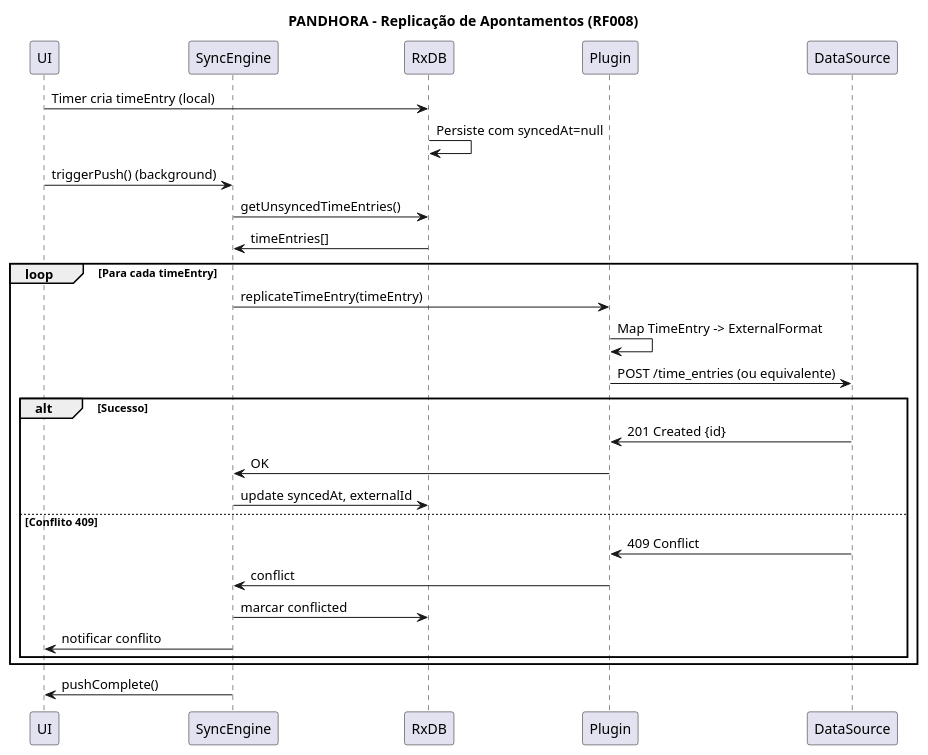
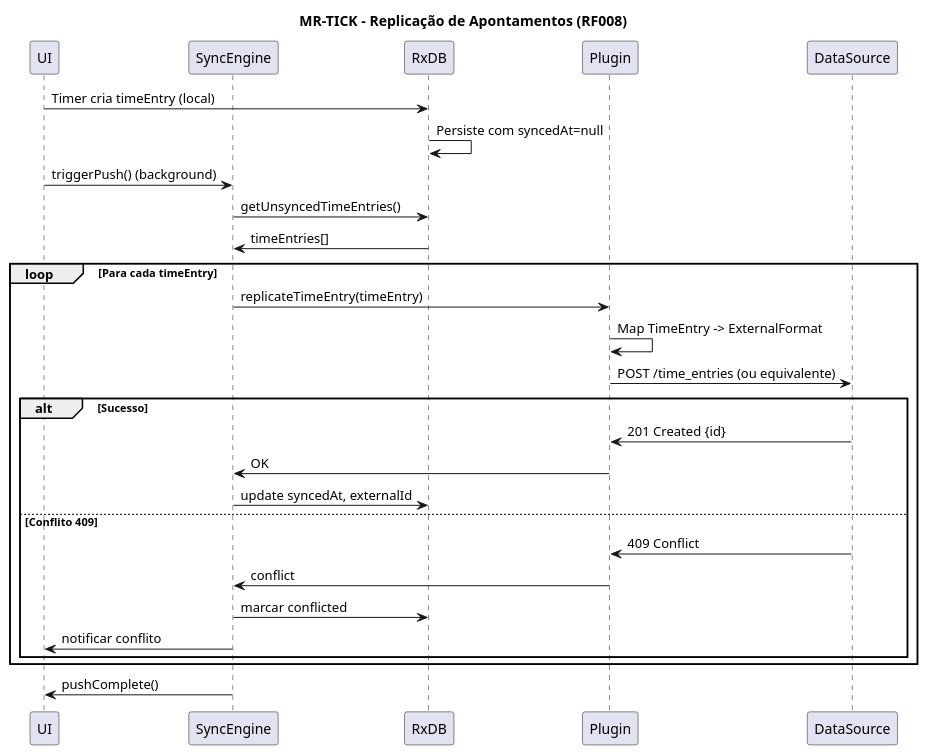
Before and after one commit to Gustavohps10/gamhora: the diagram in docs/srs/diagrams/puml/integration/diagram-integration-005-sync-replication.puml, drawn with PlantUML. The commit also changed 329 other files, not shown here.

```diff
--- a/docs/srs/diagrams/puml/integration/diagram-integration-005-sync-replication.puml
+++ b/docs/srs/diagrams/puml/integration/diagram-integration-005-sync-replication.puml
@@ -1,33 +1,33 @@
 @startuml IntegrationSyncReplication
-title PANDHORA - Replicação de Apontamentos (RF008)
+title MR-TICK - Replicação de Apontamentos (RF008)
 participant UI
 participant SyncEngine
 participant RxDB
 participant Plugin
 participant DataSource
 
 UI -> RxDB: Timer cria timeEntry (local)
 RxDB -> RxDB: Persiste com syncedAt=null
 
 UI -> SyncEngine: triggerPush() (background)
 SyncEngine -> RxDB: getUnsyncedTimeEntries()
 RxDB -> SyncEngine: timeEntries[]
 
 loop Para cada timeEntry
     SyncEngine -> Plugin: replicateTimeEntry(timeEntry)
     Plugin -> Plugin: Map TimeEntry -> ExternalFormat
     Plugin -> DataSource: POST /time_entries (ou equivalente)
     alt Sucesso
         DataSource -> Plugin: 201 Created {id}
         Plugin -> SyncEngine: OK
         SyncEngine -> RxDB: update syncedAt, externalId
     else Conflito 409
         DataSource -> Plugin: 409 Conflict
         Plugin -> SyncEngine: conflict
         SyncEngine -> RxDB: marcar conflicted
         SyncEngine -> UI: notificar conflito
     end
 end
 
 SyncEngine -> UI: pushComplete()
 @enduml
```
